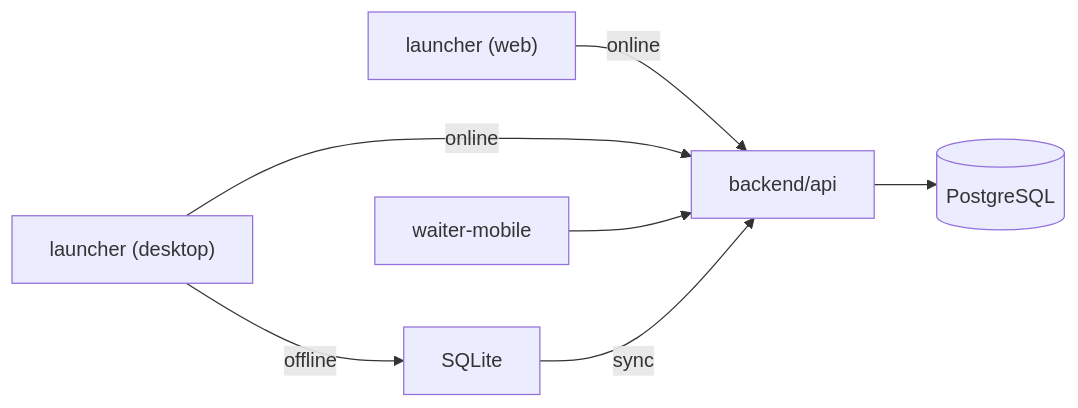
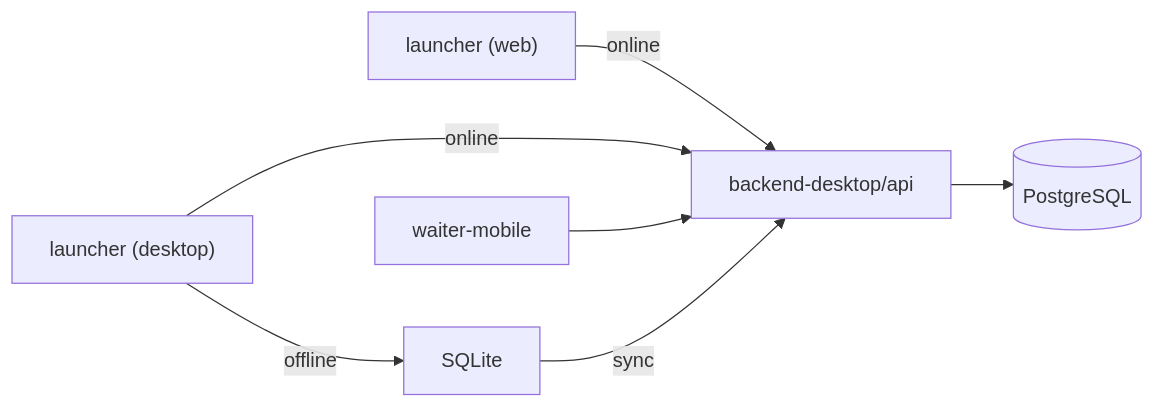
The diagram in docs/project-structure.md (basir2353/Desktop-application-Multiple-System), drawn with Mermaid before and after one commit. The commit also changed other lines of this file and 30 other files, not shown here.

````diff
--- a/docs/project-structure.md
+++ b/docs/project-structure.md
@@ -18,15 +18,15 @@
 ```mermaid
 flowchart LR
   Web["launcher (web)"]
   Desktop["launcher (desktop)"]
   Mobile["waiter-mobile"]
-  API["backend/api"]
+  API["backend-desktop/api"]
   PG[(PostgreSQL)]
 
   Web -->|online| API
   Desktop -->|online| API
   Desktop -->|offline| SQLite
   Mobile --> API
   API --> PG
   SQLite -->|sync| API
 ```
````
